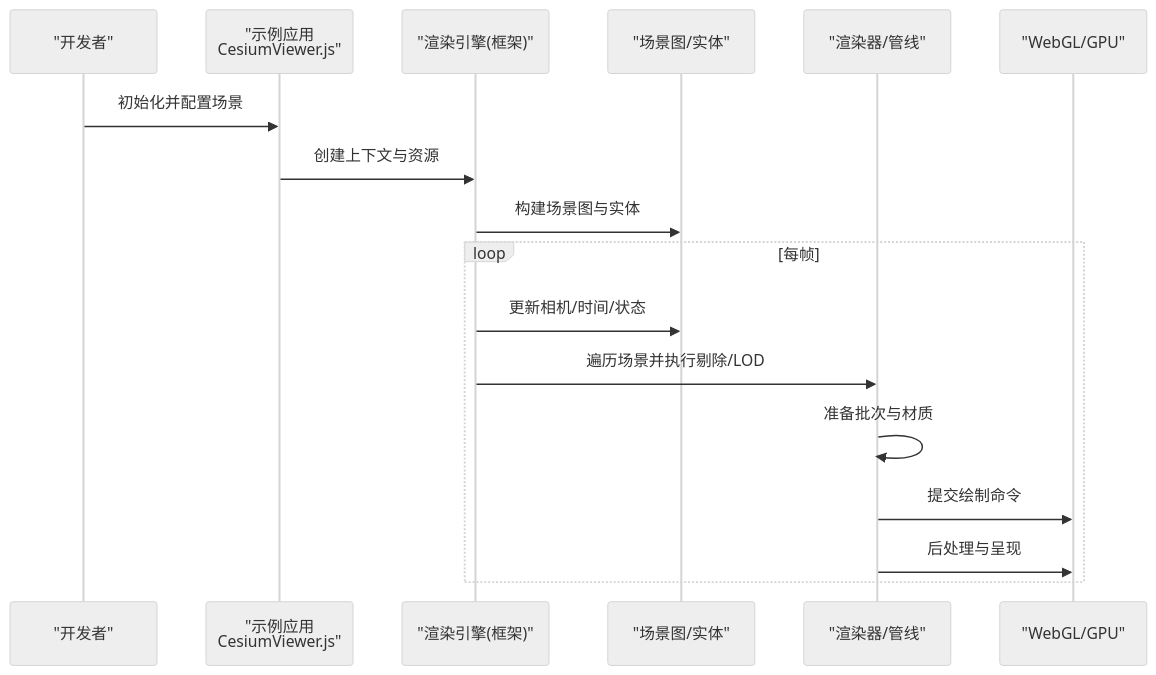
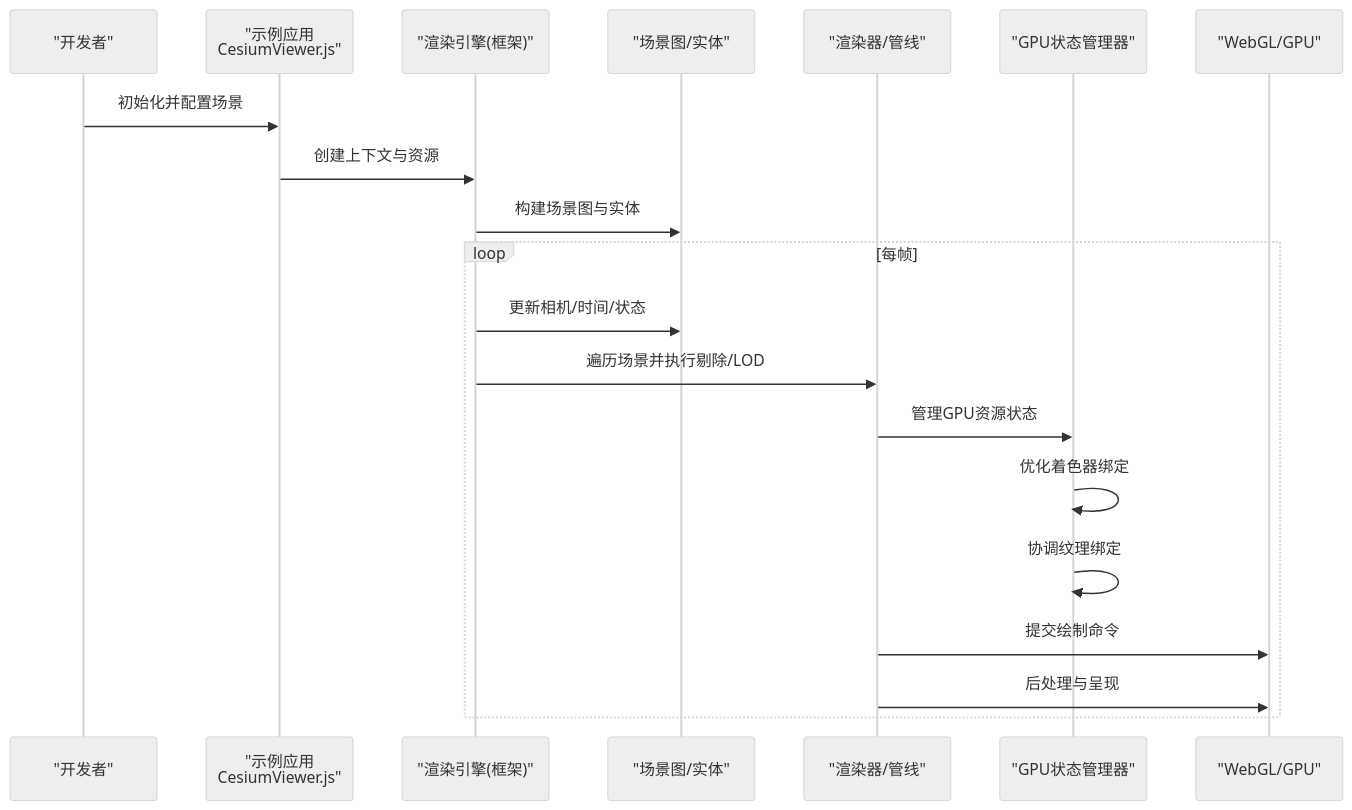
One commit to rzhangjing/cesium changed the second of 4 diagrams in .qoder/repowiki/zh/content/项目概述/核心特性/3D渲染引擎/3D渲染引擎.md. Above: the diagram before and after it, drawn with Mermaid (neutral theme). The commit also changed other lines of this file and 52 other files, not shown here.

````diff
--- a/.qoder/repowiki/zh/content/项目概述/核心特性/3D渲染引擎/3D渲染引擎.md
+++ b/.qoder/repowiki/zh/content/项目概述/核心特性/3D渲染引擎/3D渲染引擎.md
@@ -91,19 +102,22 @@
 ```mermaid
 sequenceDiagram
 participant Dev as "开发者"
 participant App as "示例应用<br/>CesiumViewer.js"
 participant Engine as "渲染引擎(框架)"
 participant Scene as "场景图/实体"
 participant Renderer as "渲染器/管线"
+participant StateMgr as "GPU状态管理器"
 participant GPU as "WebGL/GPU"
 Dev->>App : 初始化并配置场景
 App->>Engine : 创建上下文与资源
 Engine->>Scene : 构建场景图与实体
 loop 每帧
 Engine->>Scene : 更新相机/时间/状态
 Engine->>Renderer : 遍历场景并执行剔除/LOD
-Renderer->>Renderer : 准备批次与材质
+Renderer->>StateMgr : 管理GPU资源状态
+StateMgr->>StateMgr : 优化着色器绑定
+StateMgr->>StateMgr : 协调纹理绑定
 Renderer->>GPU : 提交绘制命令
 Renderer->>GPU : 后处理与呈现
 end
 ```
````
